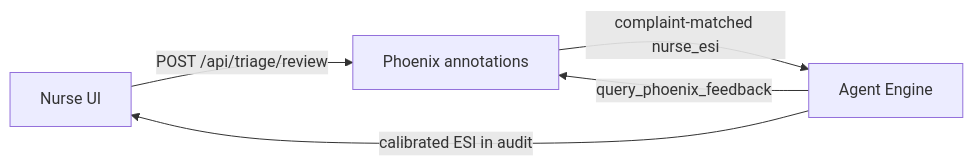
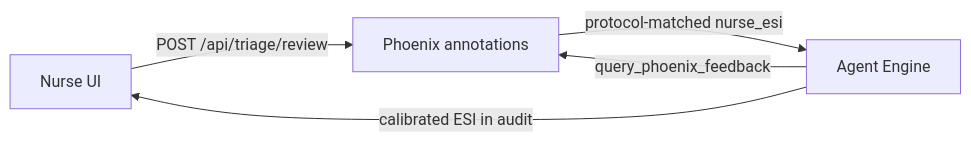
The diagram in README.md (Reuben-Alex/ClinTrace), drawn with Mermaid before and after one commit. The commit also changed other lines of this file and 20 other files, not shown here.

````diff
--- a/README.md
+++ b/README.md
@@ -84,7 +84,7 @@
 ```mermaid
 flowchart LR
   UI[Nurse UI] -->|POST /api/triage/review| PX[Phoenix annotations]
   AE[Agent Engine] -->|query_phoenix_feedback| PX
-  PX -->|complaint-matched nurse_esi| AE
+  PX -->|protocol-matched nurse_esi| AE
   AE -->|calibrated ESI in audit| UI
 ```
````
